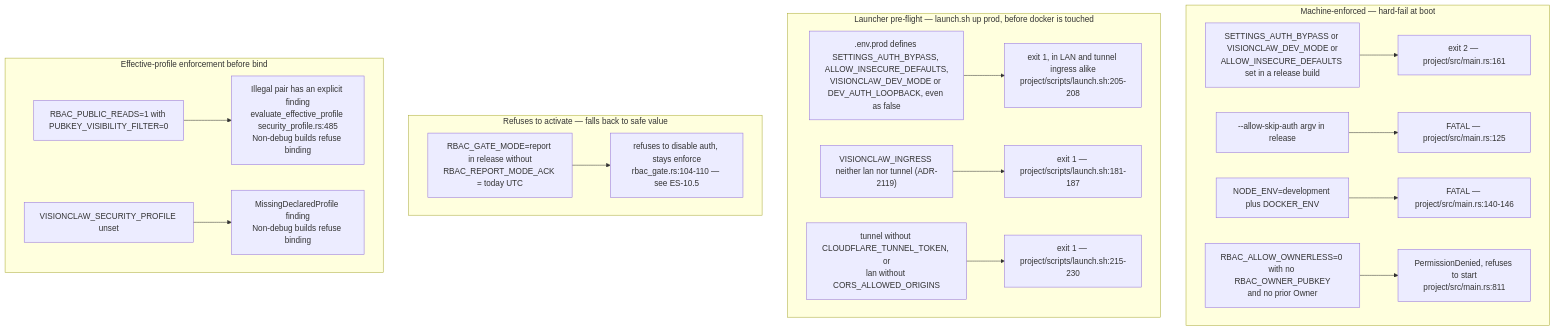
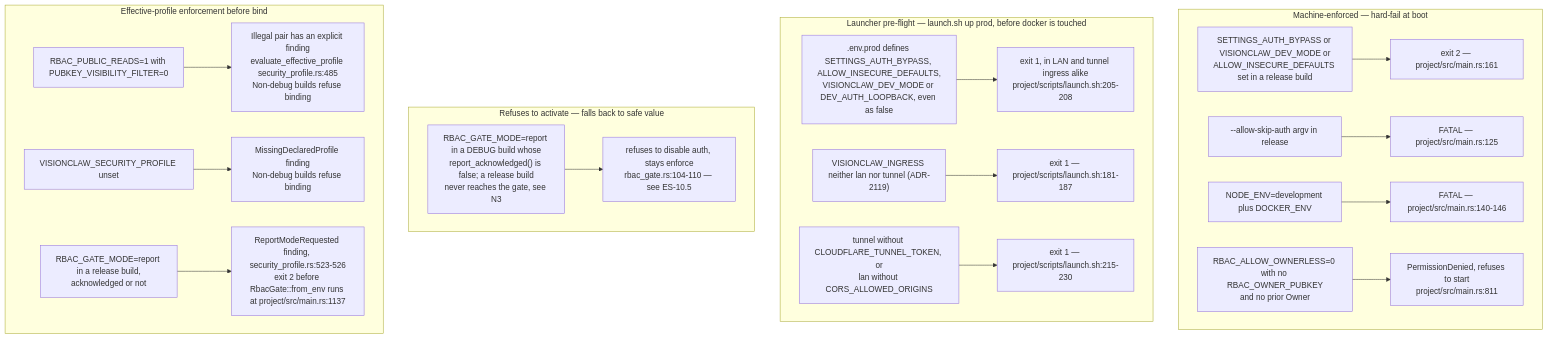
The fourth of 11 diagrams in docs/diagrams/estate/10-deployment-and-security-profiles.md (DreamLab-AI/VisionFlow), drawn with Mermaid before and after one commit. The commit also changed other lines of this file and 91 other files, not shown here.

````diff
--- a/docs/diagrams/estate/10-deployment-and-security-profiles.md
+++ b/docs/diagrams/estate/10-deployment-and-security-profiles.md
@@ -181,42 +181,45 @@
 ```mermaid
 flowchart TB
     subgraph hard["Machine-enforced — hard-fail at boot"]
         H1["SETTINGS_AUTH_BYPASS or VISIONCLAW_DEV_MODE or<br/>ALLOW_INSECURE_DEFAULTS set in a release build"]
         H1E["exit 2 — project/src/main.rs:161"]
         H2["--allow-skip-auth argv in release"]
         H2E["FATAL — project/src/main.rs:125"]
         H3["NODE_ENV=development plus DOCKER_ENV"]
         H3E["FATAL — project/src/main.rs:140-146"]
         H4["RBAC_ALLOW_OWNERLESS=0 with no RBAC_OWNER_PUBKEY<br/>and no prior Owner"]
         H4E["PermissionDenied, refuses to start<br/>project/src/main.rs:811"]
     end
     subgraph launcher["Launcher pre-flight — launch.sh up prod, before docker is touched"]
         P1[".env.prod defines SETTINGS_AUTH_BYPASS, ALLOW_INSECURE_DEFAULTS,<br/>VISIONCLAW_DEV_MODE or DEV_AUTH_LOOPBACK, even as false"]
         P1E["exit 1, in LAN and tunnel ingress alike<br/>project/scripts/launch.sh:205-208"]
         P2["VISIONCLAW_INGRESS neither lan nor tunnel (ADR-2119)"]
         P2E["exit 1 — project/scripts/launch.sh:181-187"]
         P3["tunnel without CLOUDFLARE_TUNNEL_TOKEN, or<br/>lan without CORS_ALLOWED_ORIGINS"]
         P3E["exit 1 — project/scripts/launch.sh:215-230"]
     end
     subgraph soft["Refuses to activate — falls back to safe value"]
-        S1["RBAC_GATE_MODE=report in release without<br/>RBAC_REPORT_MODE_ACK = today UTC"]
+        S1["RBAC_GATE_MODE=report in a DEBUG build whose<br/>report_acknowledged() is false; a release build<br/>never reaches the gate, see N3"]
         S1E["refuses to disable auth, stays enforce<br/>rbac_gate.rs:104-110 — see ES-10.5"]
     end
     subgraph none["Effective-profile enforcement before bind"]
         N1["RBAC_PUBLIC_READS=1 with PUBKEY_VISIBILITY_FILTER=0"]
         N1E["Illegal pair has an explicit finding<br/>evaluate_effective_profile security_profile.rs:485<br/>Non-debug builds refuse binding"]
         N2["VISIONCLAW_SECURITY_PROFILE unset"]
         N2E["MissingDeclaredProfile finding<br/>Non-debug builds refuse binding"]
+        N3["RBAC_GATE_MODE=report in a release build,<br/>acknowledged or not"]
+        N3E["ReportModeRequested finding, security_profile.rs:523-526<br/>exit 2 before RbacGate::from_env runs at project/src/main.rs:1137"]
     end
 
     H1 --> H1E
     H2 --> H2E
     H3 --> H3E
     H4 --> H4E
     S1 --> S1E
     P1 --> P1E
     P2 --> P2E
     P3 --> P3E
     N1 --> N1E
     N2 --> N2E
+    N3 --> N3E
 ```
````
